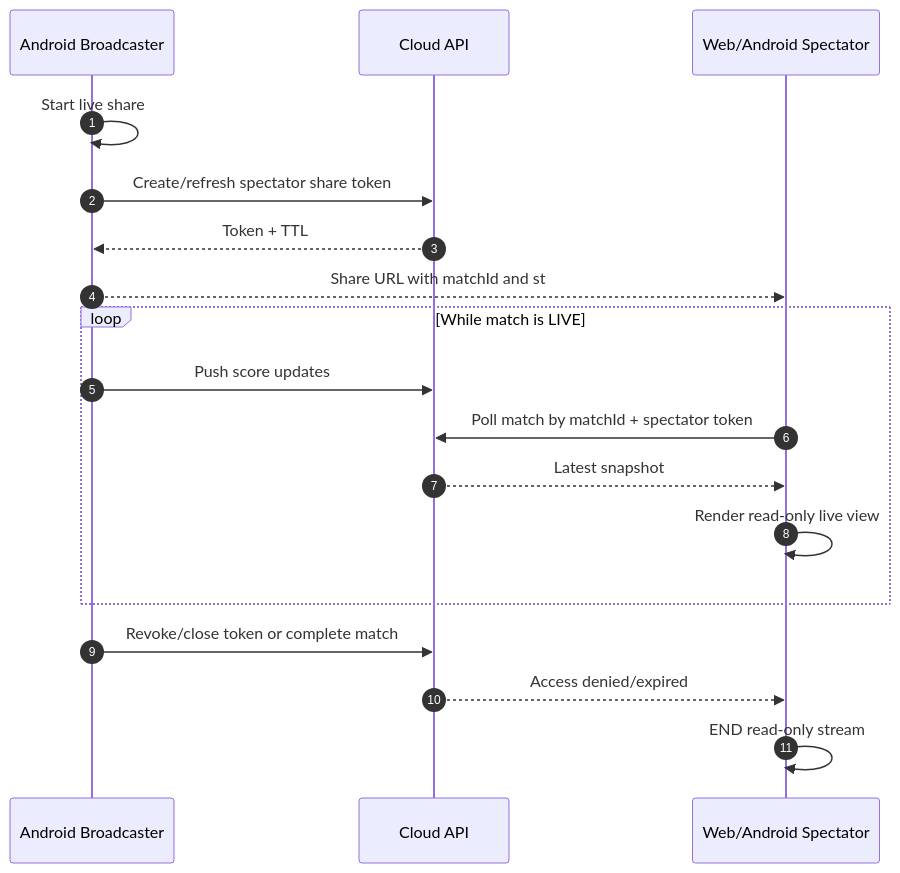
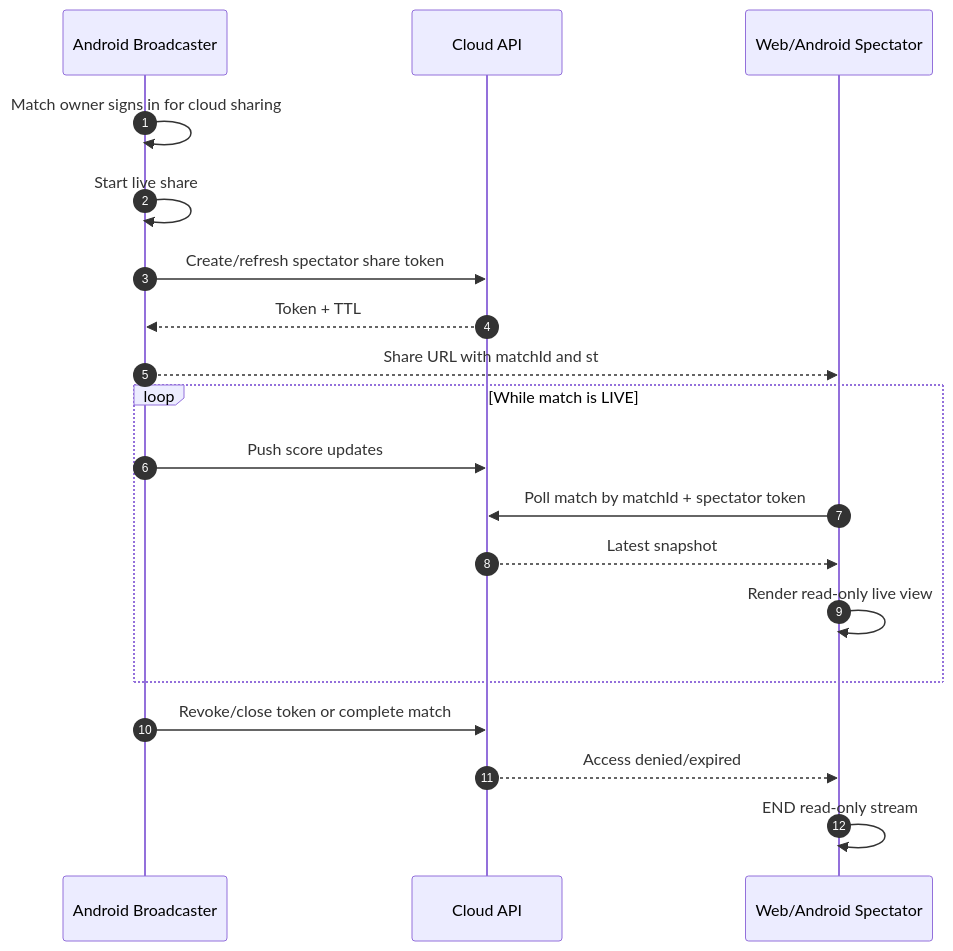
One commit to Ankojin/CricketScorer-web changed the fourth of 5 diagrams in doc/BOTH_APPS_ARCHITECTURE_COMPLETE_DOCUMENT.md. Above: the diagram before and after it, drawn with Mermaid. The commit also changed other lines of this file and 22 other files, not shown here.

````diff
--- a/doc/BOTH_APPS_ARCHITECTURE_COMPLETE_DOCUMENT.md
+++ b/doc/BOTH_APPS_ARCHITECTURE_COMPLETE_DOCUMENT.md
@@ -103,23 +104,24 @@
 ```mermaid
 sequenceDiagram
     autonumber
     participant Android as Android Broadcaster
     participant API as Cloud API
     participant Web as Web/Android Spectator
 
+    Android->>Android: Match owner signs in for cloud sharing
     Android->>Android: Start live share
     Android->>API: Create/refresh spectator share token
     API-->>Android: Token + TTL
     Android-->>Web: Share URL with matchId and st
 
     loop While match is LIVE
       Android->>API: Push score updates
       Web->>API: Poll match by matchId + spectator token
       API-->>Web: Latest snapshot
       Web->>Web: Render read-only live view
     end
 
     Android->>API: Revoke/close token or complete match
     API-->>Web: Access denied/expired
     Web->>Web: END read-only stream
 ```
````
